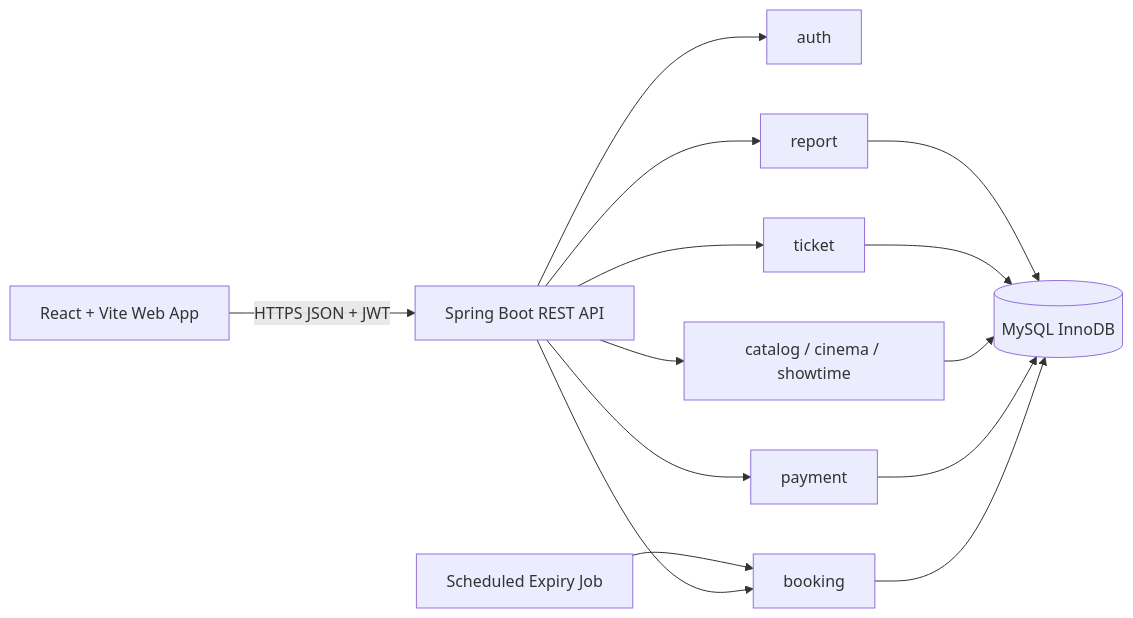
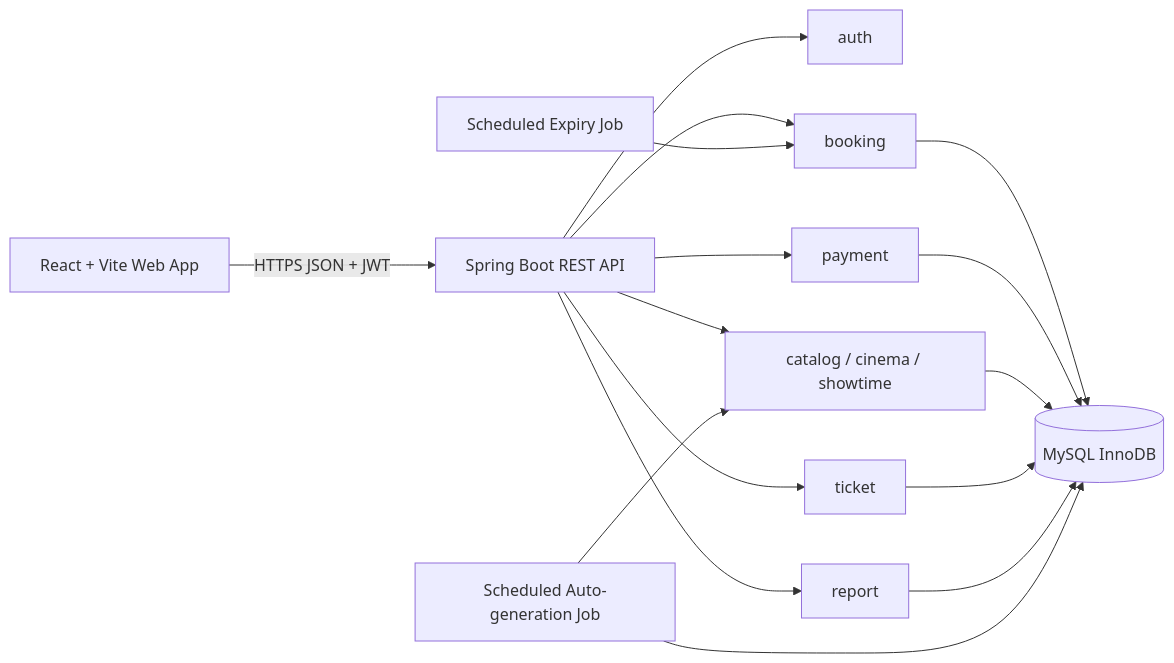
The diagram in cinema-booking-ai-kit/docs/07-ARCHITECTURE.md (HungB2303818/cinema), drawn with Mermaid before and after one commit. The commit also changed other lines of this file and 80 other files, not shown here.

````diff
--- a/cinema-booking-ai-kit/docs/07-ARCHITECTURE.md
+++ b/cinema-booking-ai-kit/docs/07-ARCHITECTURE.md
@@ -5,16 +5,18 @@
 ```mermaid
 flowchart LR
     FE[React + Vite Web App] -->|HTTPS JSON + JWT| API[Spring Boot REST API]
     API --> AUTH[auth]
     API --> CAT[catalog / cinema / showtime]
     API --> BOOK[booking]
     API --> PAY[payment]
     API --> TICK[ticket]
     API --> REPORT[report]
     BOOK --> DB[(MySQL InnoDB)]
     PAY --> DB
     CAT --> DB
     TICK --> DB
     REPORT --> DB
     JOB[Scheduled Expiry Job] --> BOOK
+    GEN[Scheduled Auto-generation Job] --> CAT
+    GEN --> DB
 ```
````
